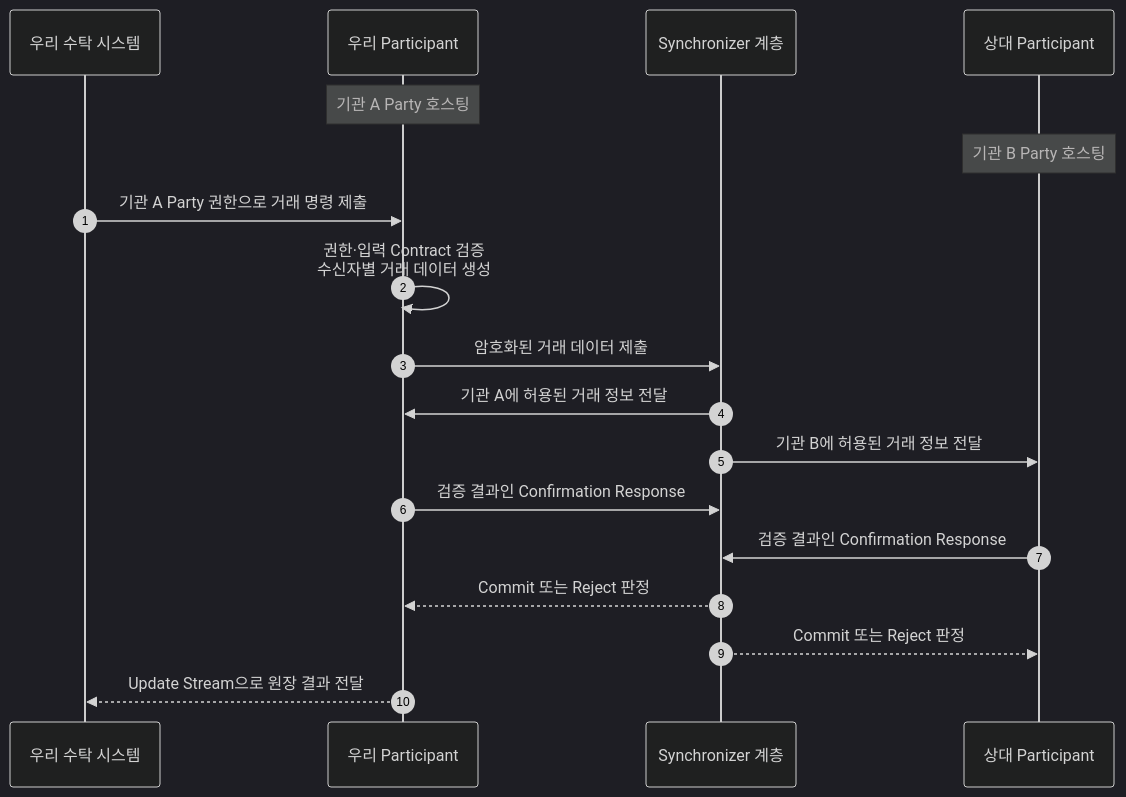
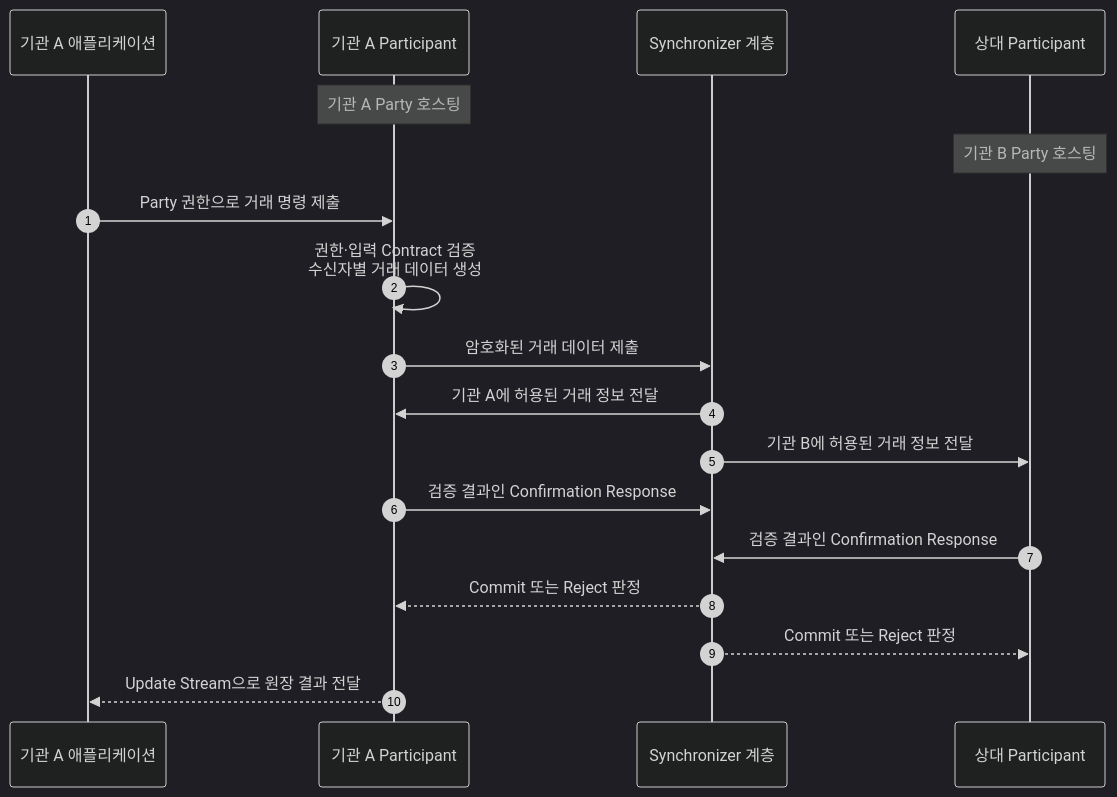
The first of 2 diagrams in blockchain-manager/docs/디지털 자산/Canton Network/00-overview.md (eunsujeo/eunpus), drawn with Mermaid (dark theme) before and after one commit. The commit also changed other lines of this file and 34 other files, not shown here.

````diff
--- a/blockchain-manager/docs/디지털 자산/Canton Network/00-overview.md
+++ b/blockchain-manager/docs/디지털 자산/Canton Network/00-overview.md
@@ -22,21 +14,21 @@
 ```mermaid
 sequenceDiagram
     autonumber
-    participant APP as 우리 수탁 시스템
-    participant PA as 우리 Participant
+    participant APP as 기관 A 애플리케이션
+    participant PA as 기관 A Participant
     participant SYNC as Synchronizer 계층
     participant PB as 상대 Participant
 
     Note over PA: 기관 A Party 호스팅
     Note over PB: 기관 B Party 호스팅
-    APP->>PA: 기관 A Party 권한으로 거래 명령 제출
+    APP->>PA: Party 권한으로 거래 명령 제출
     PA->>PA: 권한·입력 Contract 검증<br/>수신자별 거래 데이터 생성
     PA->>SYNC: 암호화된 거래 데이터 제출
     SYNC->>PA: 기관 A에 허용된 거래 정보 전달
     SYNC->>PB: 기관 B에 허용된 거래 정보 전달
     PA->>SYNC: 검증 결과인 Confirmation Response
     PB->>SYNC: 검증 결과인 Confirmation Response
     SYNC-->>PA: Commit 또는 Reject 판정
     SYNC-->>PB: Commit 또는 Reject 판정
     PA-->>APP: Update Stream으로 원장 결과 전달
 ```
````
